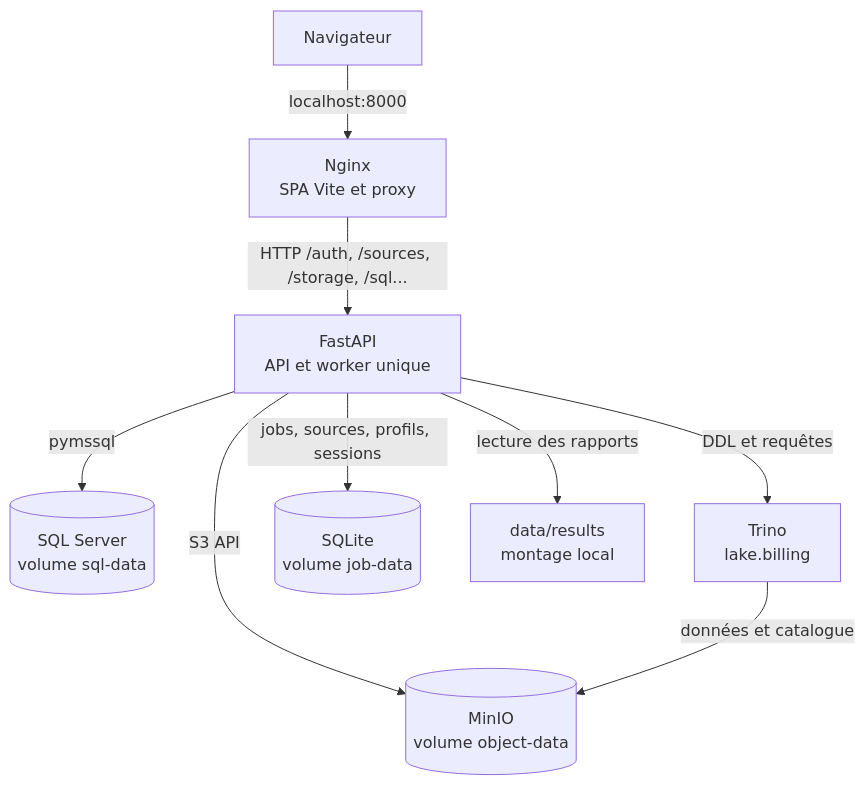
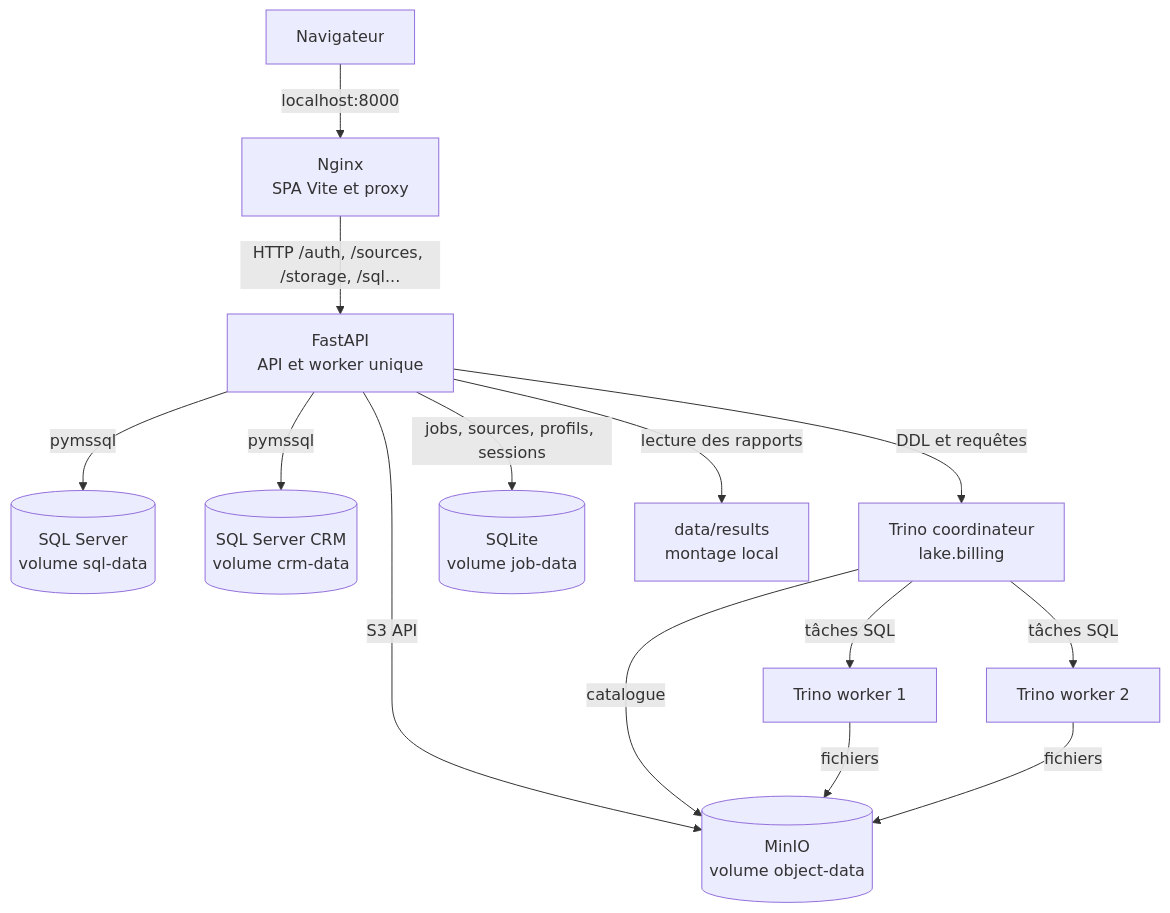
The second of 2 diagrams in docs/architecture/system.md (WalidMouahidi/StudioSql), drawn with Mermaid before and after one commit. The commit also changed other lines of this file and 20 other files, not shown here.

Commit message:
Add CRM source and distributed Trino demo

````diff
--- a/docs/architecture/system.md
+++ b/docs/architecture/system.md
@@ -22,11 +26,16 @@
 ```mermaid
 flowchart TB
     B[Navigateur] -->|localhost:8000| N[Nginx<br/>SPA Vite et proxy]
     N -->|HTTP /auth, /sources, /storage, /sql...| A[FastAPI<br/>API et worker unique]
     A -->|pymssql| S[(SQL Server<br/>volume sql-data)]
+    A -->|pymssql| C[(SQL Server CRM<br/>volume crm-data)]
     A -->|S3 API| M[(MinIO<br/>volume object-data)]
-    A -->|DDL et requêtes| T[Trino<br/>lake.billing]
-    T -->|données et catalogue| M
+    A -->|DDL et requêtes| T[Trino coordinateur<br/>lake.billing]
+    T -->|tâches SQL| W1[Trino worker 1]
+    T -->|tâches SQL| W2[Trino worker 2]
+    T -->|catalogue| M
+    W1 -->|fichiers| M
+    W2 -->|fichiers| M
     A -->|jobs, sources, profils, sessions| D[(SQLite<br/>volume job-data)]
     A -->|lecture des rapports| R[data/results<br/>montage local]
 ```
````
